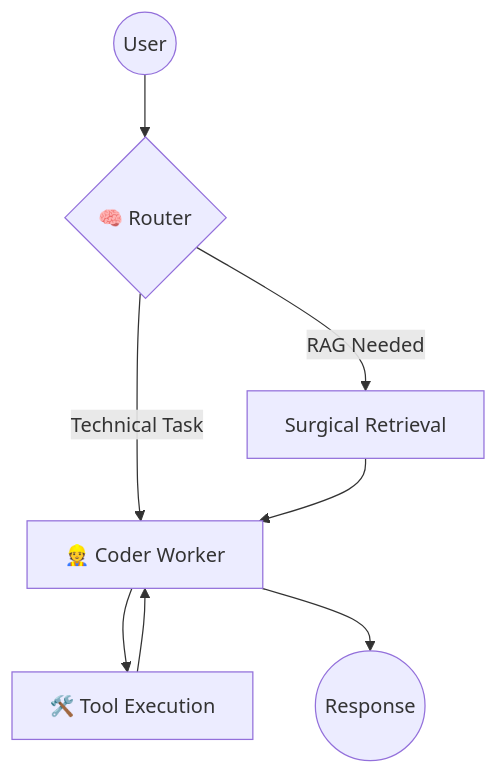
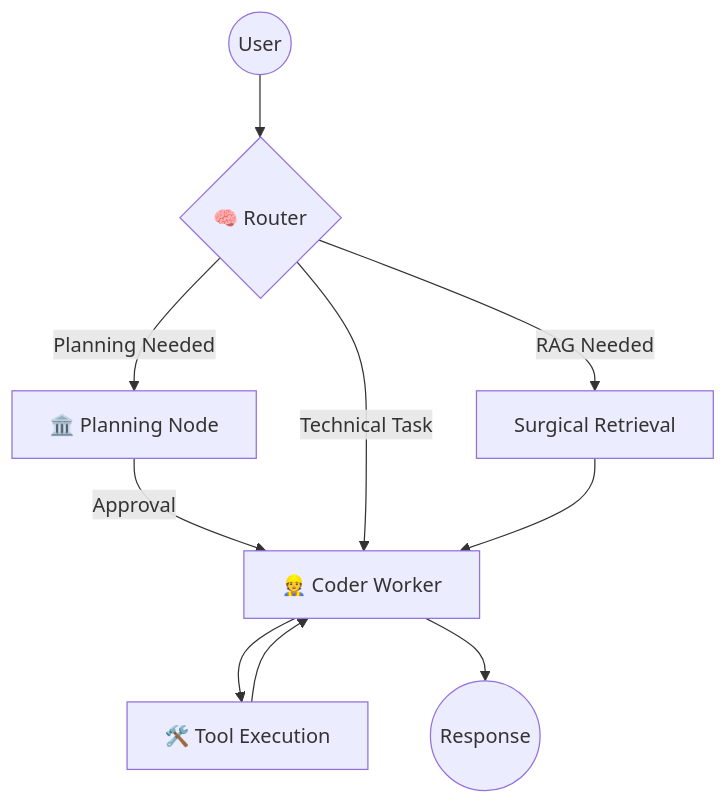
The first of 2 diagrams in docs/technical/architecture.md (QuentinMerle/vibrisse-agent), drawn with Mermaid before and after one commit. The commit also changed 43 other files, not shown here.

````diff
--- a/docs/technical/architecture.md
+++ b/docs/technical/architecture.md
@@ -16,10 +16,12 @@
 ```mermaid
 graph TD
     User((User)) --> Router{🧠 Router}
+    Router -->|Planning Needed| Planning[🏛️ Planning Node]
+    Planning -->|Approval| Coder
     Router -->|Technical Task| Coder[👷 Coder Worker]
     Router -->|RAG Needed| RAG[Surgical Retrieval]
     RAG --> Coder
     Coder --> Tools[🛠️ Tool Execution]
     Tools --> Coder
     Coder --> Result((Response))
 ```
````
